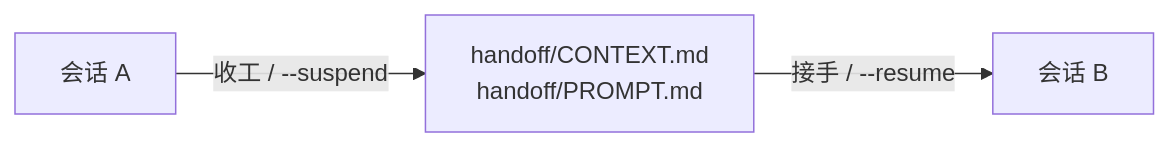
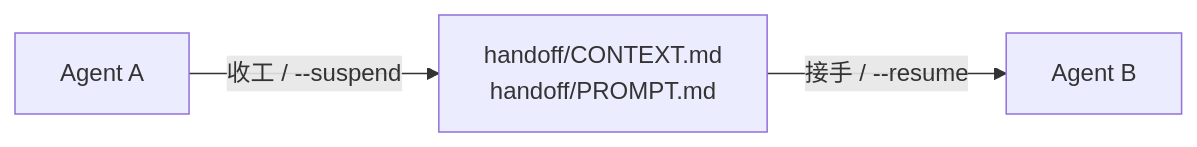
The diagram in handoff/README.md (Lizardon386/multi-agent-task-handoff), drawn with Mermaid before and after one commit. The commit also changed other lines of this file and 6 other files, not shown here.

````diff
--- a/handoff/README.md
+++ b/handoff/README.md
@@ -37,5 +37,5 @@
 ```mermaid
 flowchart LR
-  A[会话 A] -->|收工 / --suspend| F[handoff/CONTEXT.md<br/>handoff/PROMPT.md]
-  F -->|接手 / --resume| B[会话 B]
+  A[Agent A] -->|收工 / --suspend| F[handoff/CONTEXT.md<br/>handoff/PROMPT.md]
+  F -->|接手 / --resume| B[Agent B]
 ```
````
